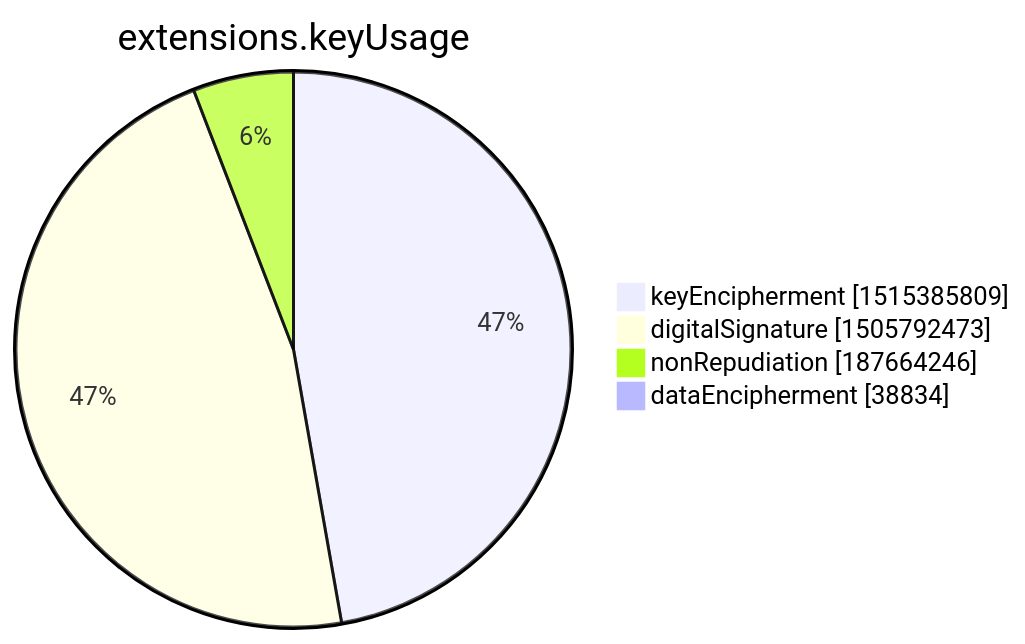
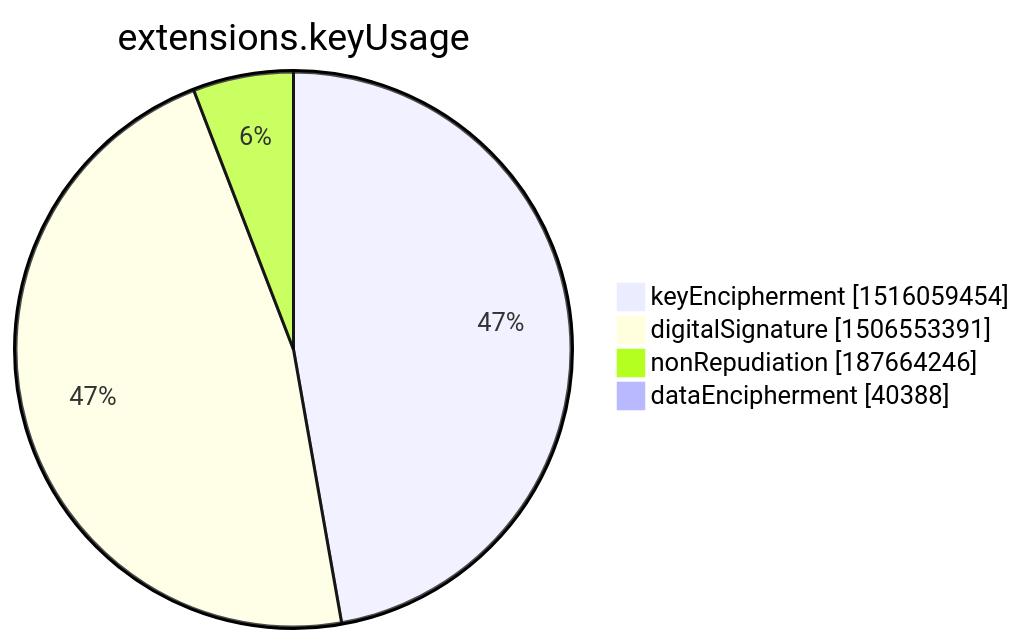
Before and after one commit to christiankrug/ctmonitor_visualization: the seventh of 15 diagrams in xenon2022/README.md, drawn with Mermaid. The commit also changed other lines of this file, not shown here.

````diff
--- a/xenon2022/README.md
+++ b/xenon2022/README.md
@@ -2846,8 +2846,8 @@
 ```mermaid
 pie showData
 title extensions.keyUsage
-"keyEncipherment" :1515385809
-"digitalSignature" :1505792473
+"keyEncipherment" :1516059454
+"digitalSignature" :1506553391
 "nonRepudiation" :187664246
-"dataEncipherment" :38834
+"dataEncipherment" :40388
 ```
````
